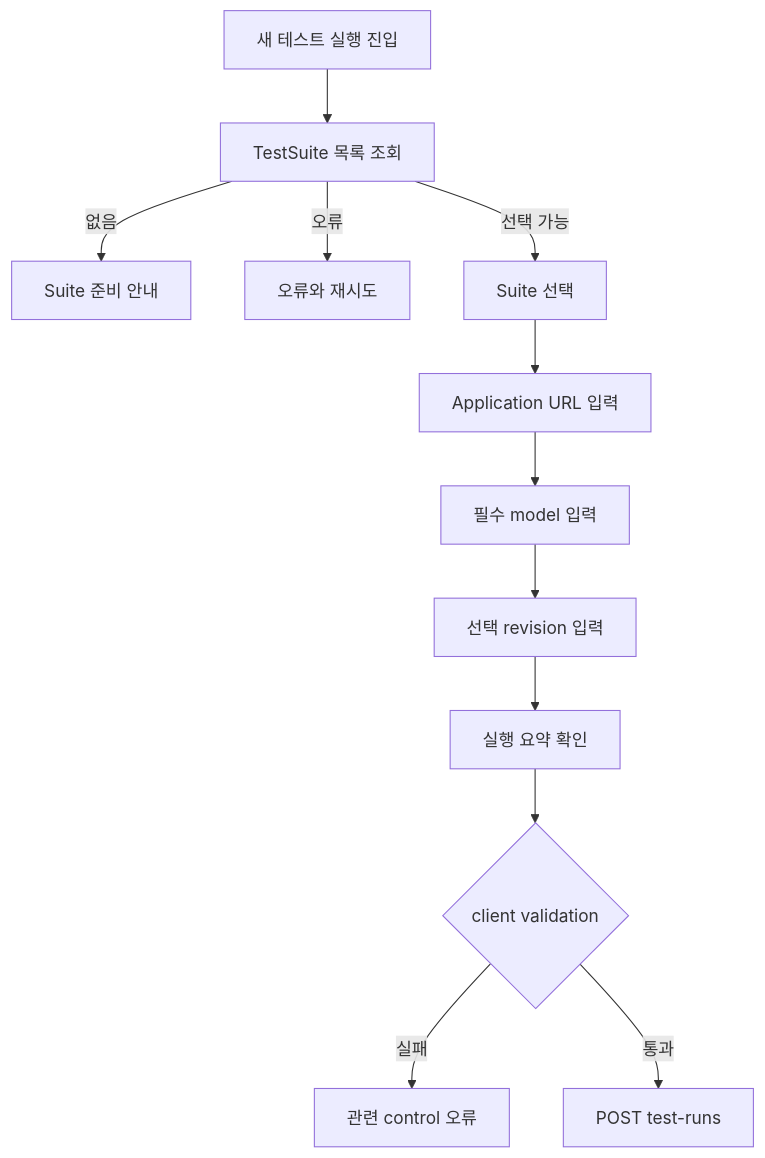
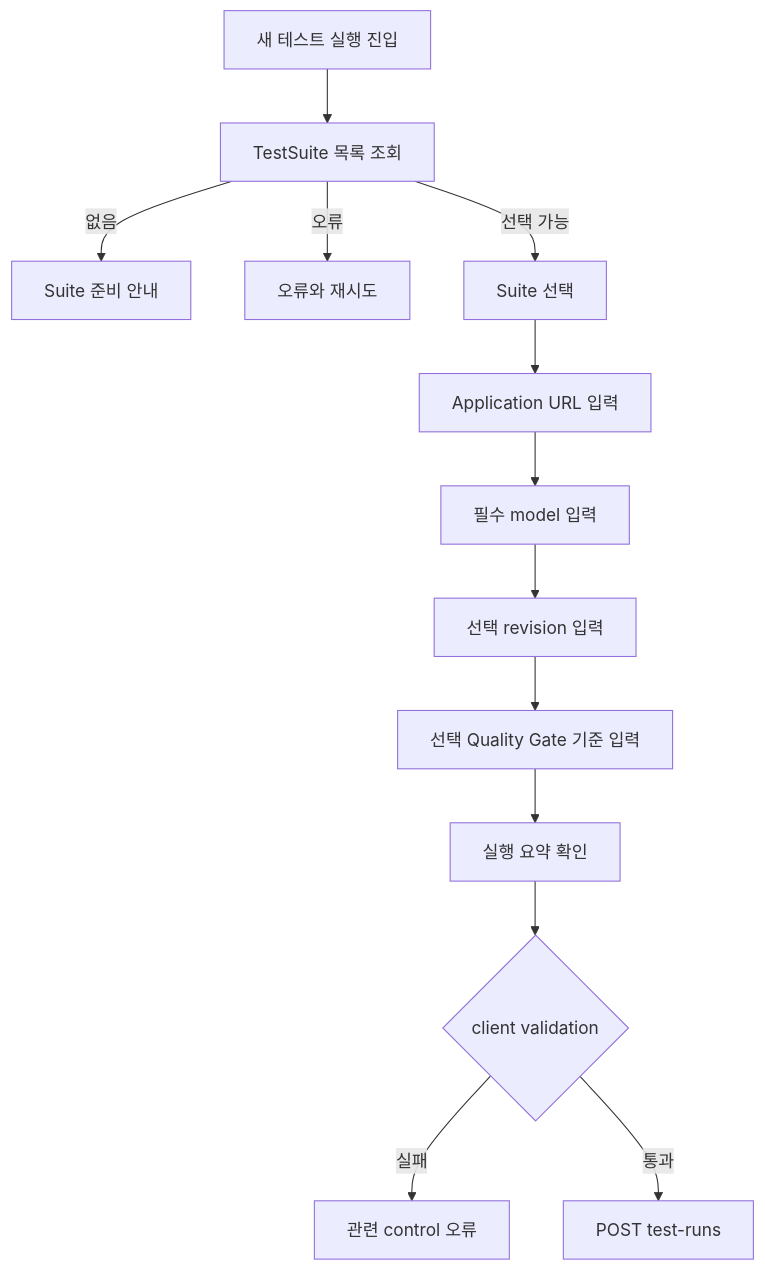
The third of 6 diagrams in docs/product/user-flows.md (GuardBench/guardbench-frontend), drawn with Mermaid before and after one commit. The commit also changed other lines of this file and 7 other files, not shown here.

Commit message:
feat: configure quality gate policy per run

````diff
--- a/docs/product/user-flows.md
+++ b/docs/product/user-flows.md
@@ -112,14 +112,15 @@
 ```mermaid
 flowchart TD
     A[새 테스트 실행 진입] --> B[TestSuite 목록 조회]
     B -->|없음| C[Suite 준비 안내]
     B -->|오류| D[오류와 재시도]
     B -->|선택 가능| E[Suite 선택]
     E --> F[Application URL 입력]
     F --> G[필수 model 입력]
     G --> H[선택 revision 입력]
-    H --> K[실행 요약 확인]
+    H --> I[선택 Quality Gate 기준 입력]
+    I --> K[실행 요약 확인]
     K --> L{client validation}
     L -->|실패| M[관련 control 오류]
     L -->|통과| N[POST test-runs]
 ```
````
